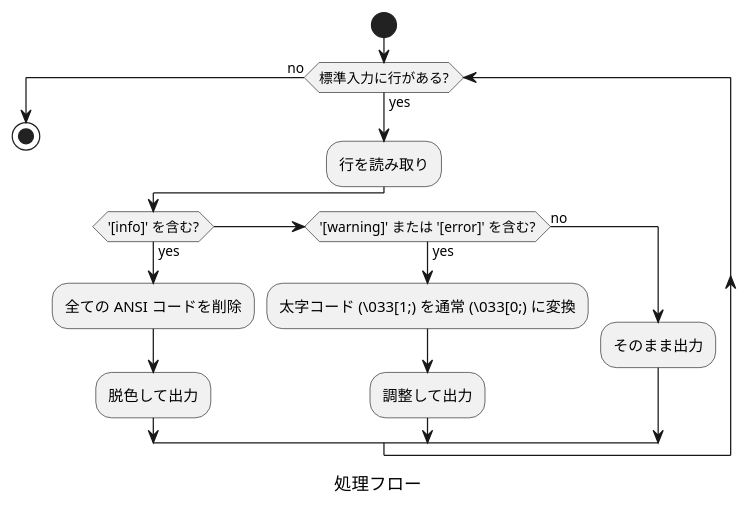
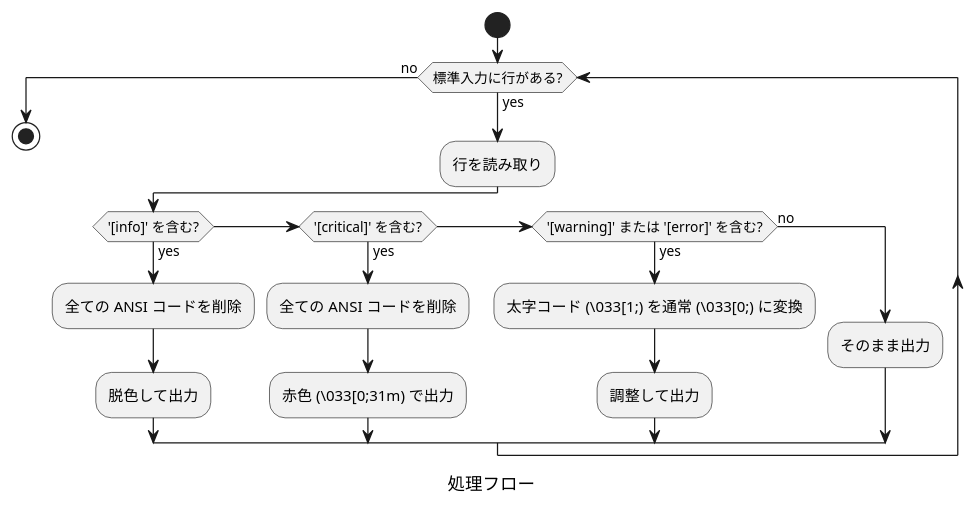
One commit to Hondarer/doxygen-framework changed the diagram in docs-src/doxybook2-decolorize-output-spec.md. Above: the diagram before and after it, drawn with PlantUML. The commit also changed other lines of this file and 2 other files, not shown here.

First line of the commit message:
[critical] ログレベルのサポートを追加

````diff
--- a/docs-src/doxybook2-decolorize-output-spec.md
+++ b/docs-src/doxybook2-decolorize-output-spec.md
@@ -34,21 +35,24 @@
 ```plantuml
 @startuml 処理フロー
 caption 処理フロー
 
 start
 while (標準入力に行がある?) is (yes)
   :行を読み取り;
   if ('[info]' を含む?) then (yes)
     :全ての ANSI コードを削除;
     :脱色して出力;
+  elseif ('[critical]' を含む?) then (yes)
+    :全ての ANSI コードを削除;
+    :赤色 (\\033[0;31m) で出力;
   elseif ('[warning]' または '[error]' を含む?) then (yes)
     :太字コード (\\033[1;) を通常 (\\033[0;) に変換;
     :調整して出力;
   else (no)
     :そのまま出力;
   endif
 endwhile (no)
 stop
 
 @enduml
 ```
````
